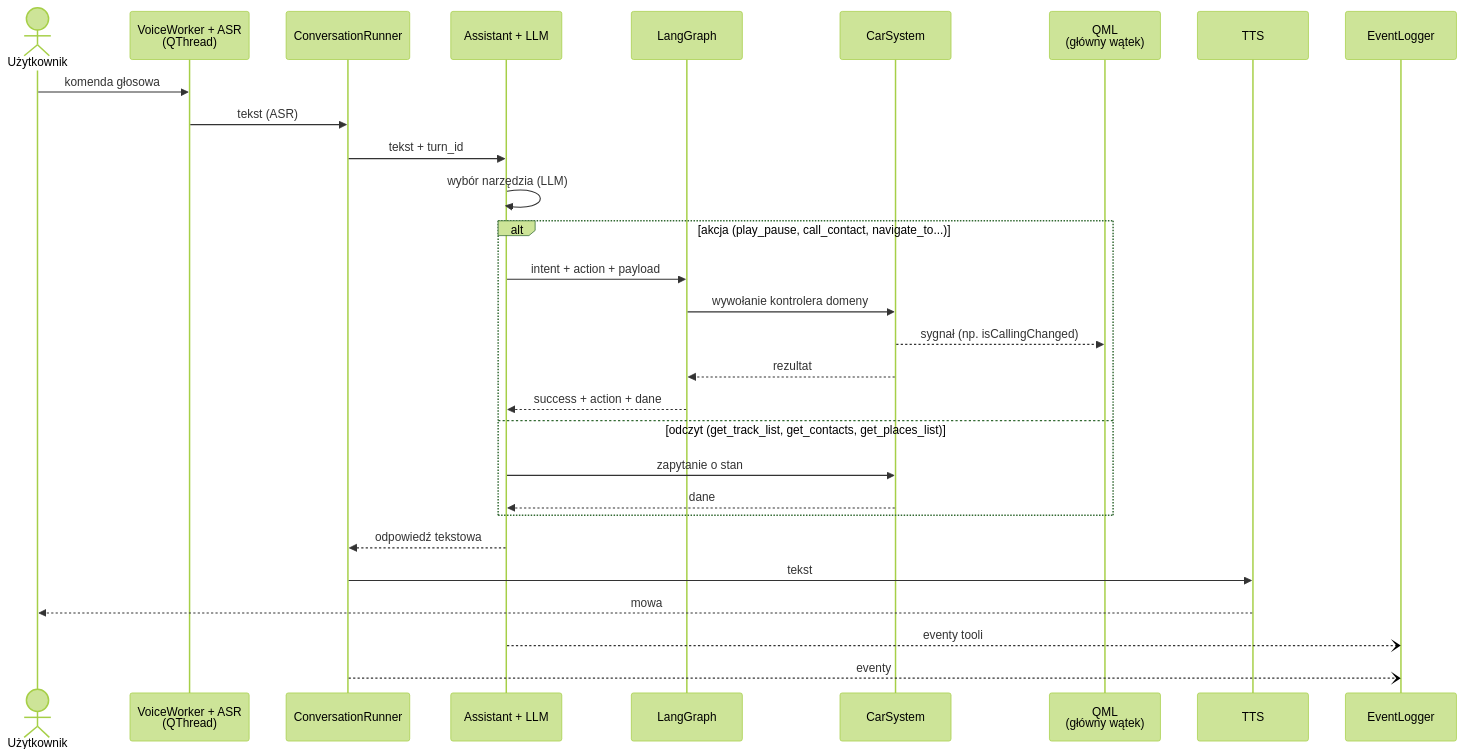
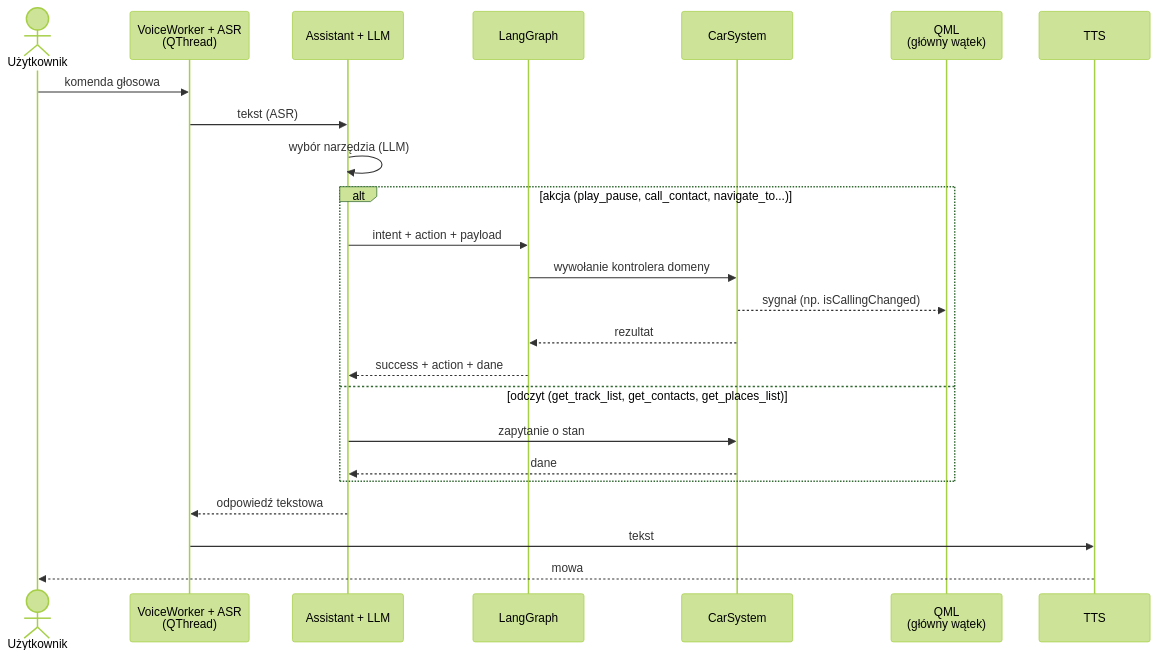
Before and after one commit to MichalGudowicz29/in-vehicle-virtual-assistant: the diagram in docs/przeplyw.md, drawn with Mermaid (forest theme). The commit also changed 15 other files, not shown here.

Commit message:
deleted event logger

````diff
--- a/docs/przeplyw.md
+++ b/docs/przeplyw.md
@@ -1,34 +1,29 @@
 ```mermaid
 sequenceDiagram
     actor U as Użytkownik
     participant W as VoiceWorker + ASR<br/>(QThread)
-    participant R as ConversationRunner
     participant A as Assistant + LLM
     participant G as LangGraph
     participant C as CarSystem
     participant Q as QML<br/>(główny wątek)
     participant T as TTS
-    participant L as EventLogger
 
     U->>W: komenda głosowa
-    W->>R: tekst (ASR)
-    R->>A: tekst + turn_id
+    W->>A: tekst (ASR)
     A->>A: wybór narzędzia (LLM)
 
     alt akcja (play_pause, call_contact, navigate_to...)
         A->>G: intent + action + payload
         G->>C: wywołanie kontrolera domeny
         C-->>Q: sygnał (np. isCallingChanged)
         C-->>G: rezultat
         G-->>A: success + action + dane
     else odczyt (get_track_list, get_contacts, get_places_list)
         A->>C: zapytanie o stan
         C-->>A: dane
     end
 
-    A-->>R: odpowiedź tekstowa
-    R->>T: tekst
+    A-->>W: odpowiedź tekstowa
+    W->>T: tekst
     T-->>U: mowa
-    A--)L: eventy tooli
-    R--)L: eventy
 ```
````
